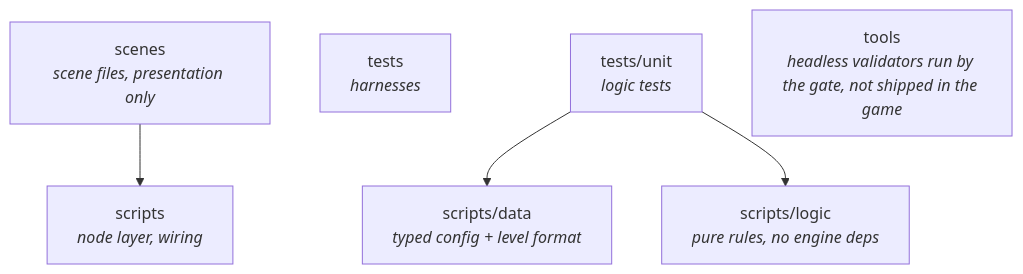
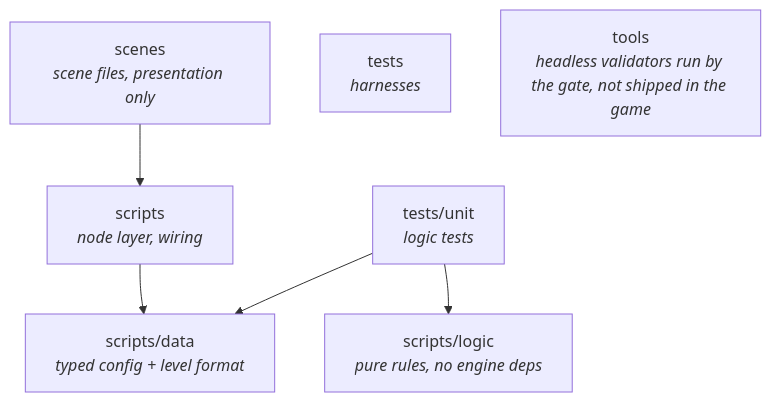
One commit to FallingReign/godot-agent-starter changed the diagram in ARCHITECTURE.md. Above: the diagram before and after it, drawn with Mermaid. The commit also changed 66 other files, not shown here.

````diff
--- a/ARCHITECTURE.md
+++ b/ARCHITECTURE.md
@@ -22,14 +22,15 @@
 ```mermaid
 graph TD
     scenes["scenes<br/><i>scene files, presentation only</i>"]
     scripts["scripts<br/><i>node layer, wiring</i>"]
     scripts_data["scripts/data<br/><i>typed config + level format</i>"]
     scripts_logic["scripts/logic<br/><i>pure rules, no engine deps</i>"]
     tests["tests<br/><i>harnesses</i>"]
     tests_unit["tests/unit<br/><i>logic tests</i>"]
     tools["tools<br/><i>headless validators run by the gate, not shipped in the game</i>"]
 
     scenes --> scripts
+    scripts --> scripts_data
     tests_unit --> scripts_data
     tests_unit --> scripts_logic
 ```
````
